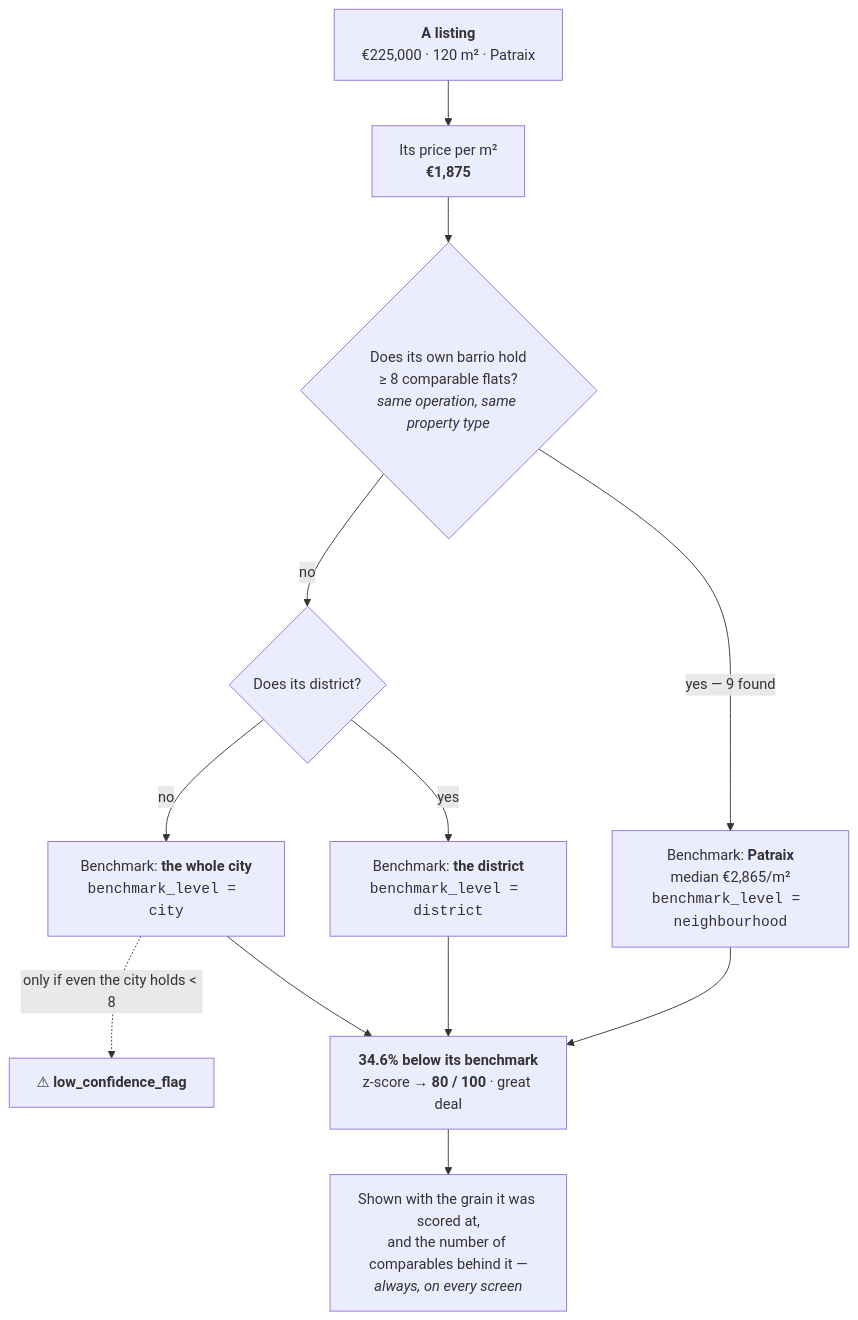
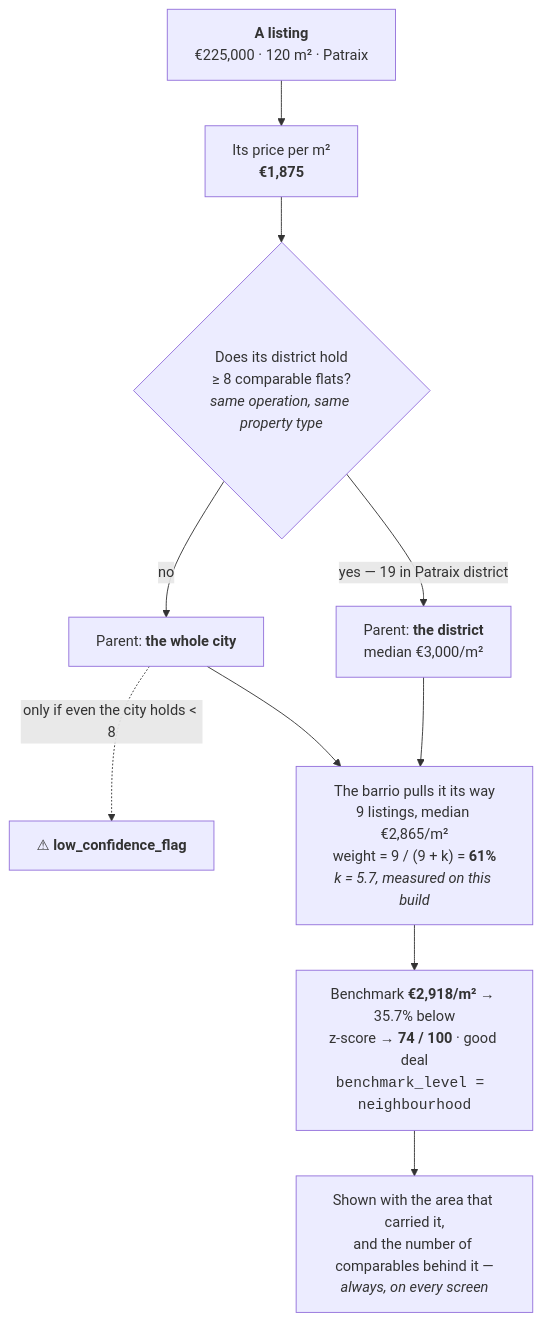
One commit to carlosdmv7/spanish-housing-radar changed the second of 2 diagrams in README.md. Above: the diagram before and after it, drawn with Mermaid. The commit also changed other lines of this file and 17 other files, not shown here.

First line of the commit message:
feat: empirical-Bayes barrio benchmark; València only; copy to match

````diff
--- a/README.md
+++ b/README.md
@@ -193,17 +193,16 @@
 ```mermaid
 flowchart TD
     L["<b>A listing</b><br/>€225,000 · 120 m² · Patraix"] --> P["Its price per m²<br/><b>€1,875</b>"]
-    P --> Q1{"Does its own barrio hold<br/>≥ 8 comparable flats?<br/><i>same operation, same property type</i>"}
+    P --> Q{"Does its district hold<br/>≥ 8 comparable flats?<br/><i>same operation, same property type</i>"}
 
-    Q1 -->|"yes — 9 found"| B["Benchmark: <b>Patraix</b><br/>median €2,865/m²<br/><code>benchmark_level = neighbourhood</code>"]
-    Q1 -->|no| Q2{"Does its district?"}
-    Q2 -->|yes| D["Benchmark: <b>the district</b><br/><code>benchmark_level = district</code>"]
-    Q2 -->|no| C["Benchmark: <b>the whole city</b><br/><code>benchmark_level = city</code>"]
+    Q -->|"yes — 19 in Patraix district"| D["Parent: <b>the district</b><br/>median €3,000/m²"]
+    Q -->|no| C["Parent: <b>the whole city</b>"]
     C -.->|"only if even the city holds &lt; 8"| W["⚠ <b>low_confidence_flag</b>"]
 
-    B --> S["<b>34.6% below its benchmark</b><br/>z-score → <b>80 / 100</b> · great deal"]
-    D --> S
-    C --> S
+    D --> B["The barrio pulls it its way<br/>9 listings, median €2,865/m²<br/>weight = 9 / (9 + k) = <b>61%</b><br/><i>k = 5.7, measured on this build</i>"]
+    C --> B
 
-    S --> U["Shown with the grain it was scored at,<br/>and the number of comparables behind it —<br/><i>always, on every screen</i>"]
+    B --> S["Benchmark <b>€2,918/m²</b> → 35.7% below<br/>z-score → <b>74 / 100</b> · good deal<br/><code>benchmark_level = neighbourhood</code>"]
+
+    S --> U["Shown with the area that carried it,<br/>and the number of comparables behind it —<br/><i>always, on every screen</i>"]
 ```
````
